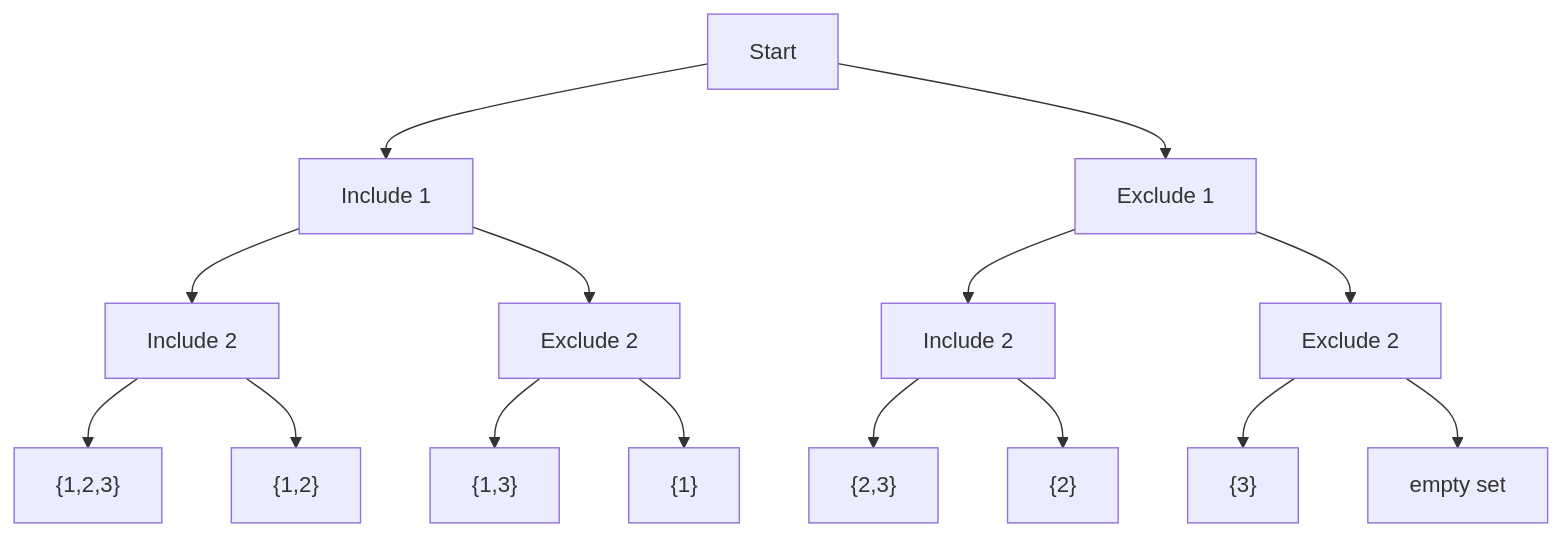
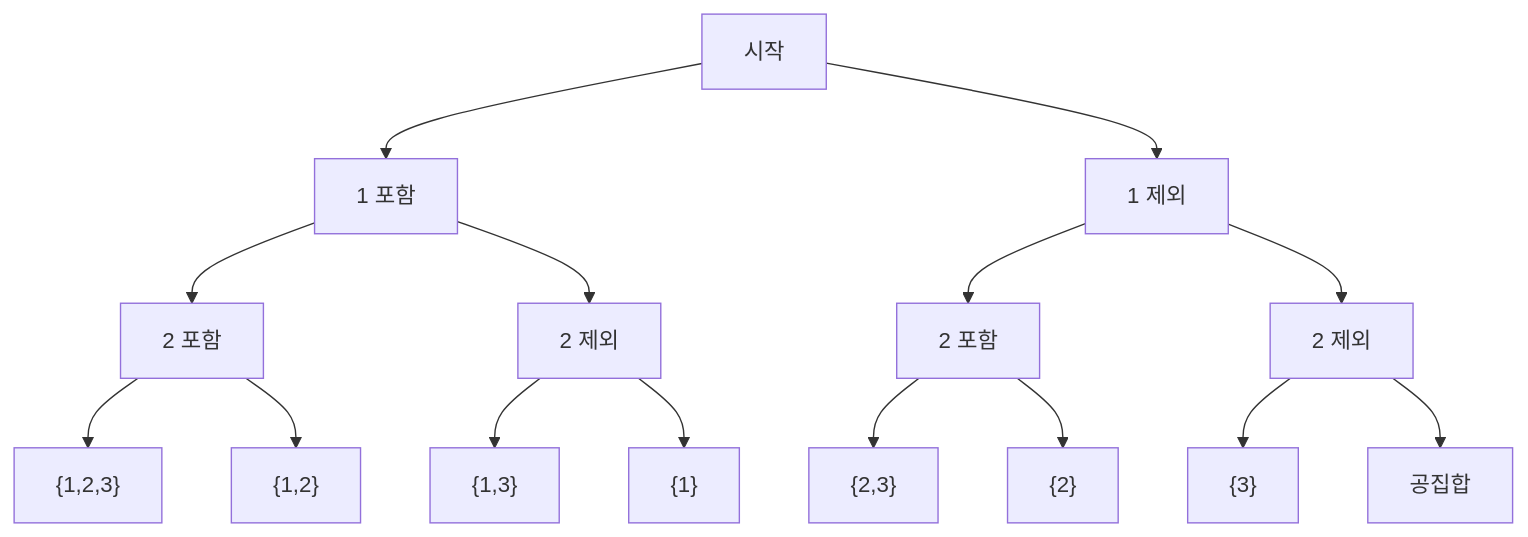
The second of 2 diagrams in _posts/algorithm/2026-03-07-backtracking.md (mandoobox/mandoobox.github.io), drawn with Mermaid before and after one commit. The commit also changed other lines of this file and 24 other files, not shown here.

Commit message:
feat: mermaid kr

````diff
--- a/_posts/algorithm/2026-03-07-backtracking.md
+++ b/_posts/algorithm/2026-03-07-backtracking.md
@@ -107,17 +110,17 @@
 ```mermaid
 flowchart TD
-    R["Start"] --> A1["Include 1"]
-    R --> A2["Exclude 1"]
-    A1 --> B1["Include 2"]
-    A1 --> B2["Exclude 2"]
-    A2 --> B3["Include 2"]
-    A2 --> B4["Exclude 2"]
+    R["시작"] --> A1["1 포함"]
+    R --> A2["1 제외"]
+    A1 --> B1["2 포함"]
+    A1 --> B2["2 제외"]
+    A2 --> B3["2 포함"]
+    A2 --> B4["2 제외"]
     B1 --> C1["{1,2,3}"]
     B1 --> C2["{1,2}"]
     B2 --> C3["{1,3}"]
     B2 --> C4["{1}"]
     B3 --> C5["{2,3}"]
     B3 --> C6["{2}"]
     B4 --> C7["{3}"]
-    B4 --> C8["empty set"]
+    B4 --> C8["공집합"]
 ```
````
